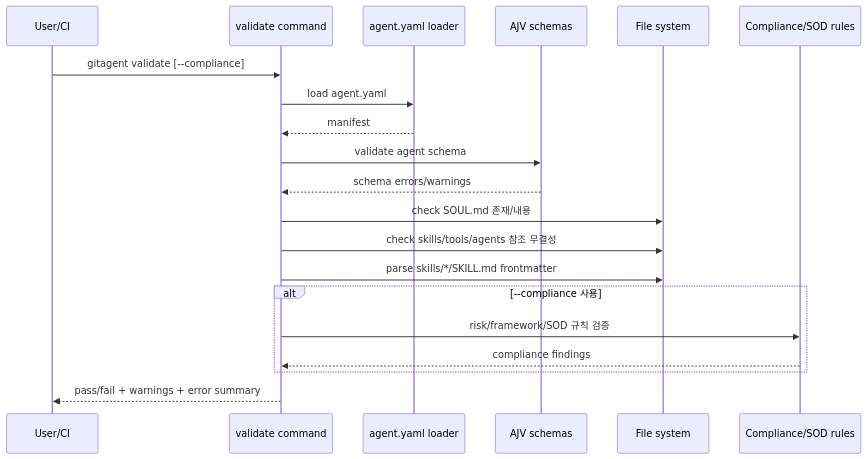
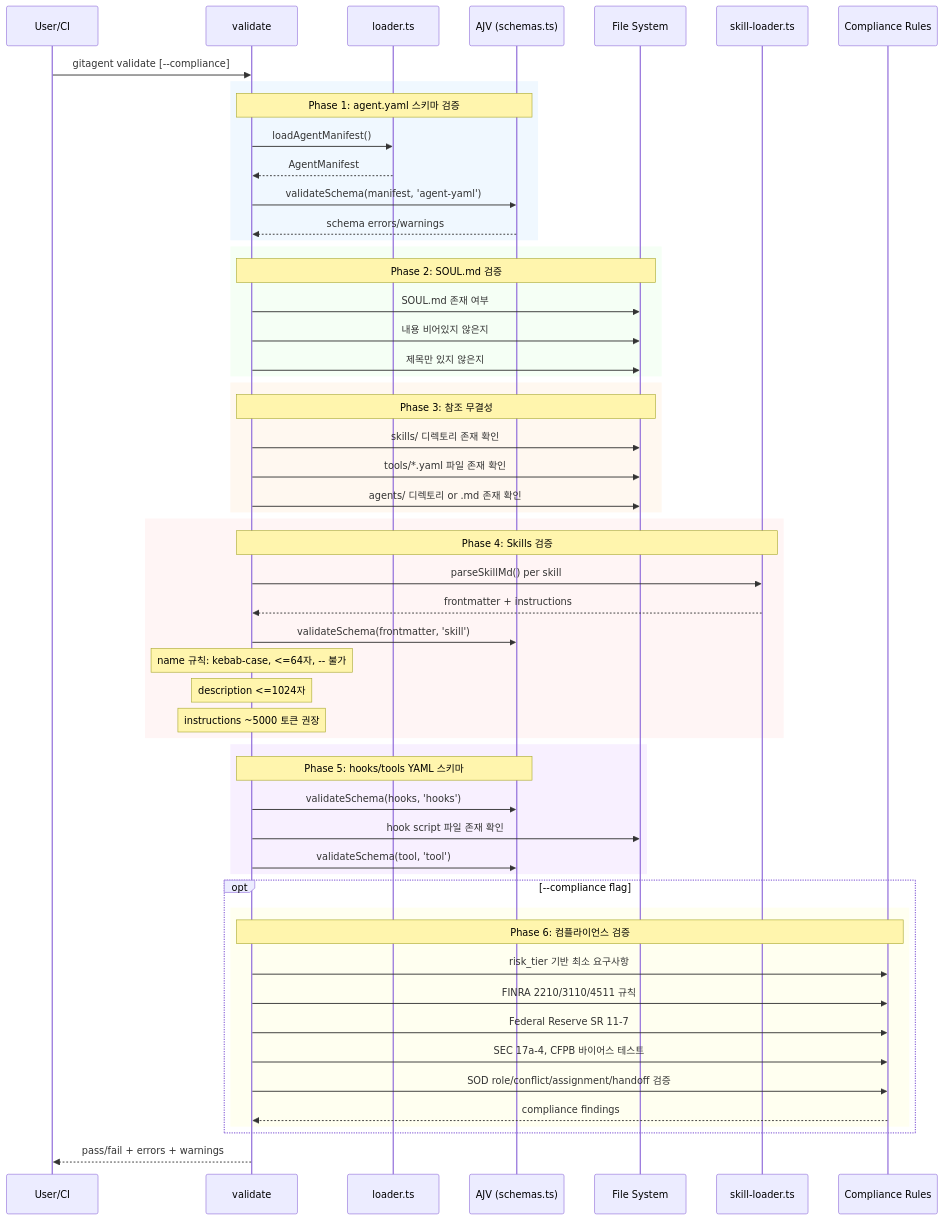
The third of 9 diagrams in gitagent/00-diagram.md (kimchanhyung98/agentic-workflows), drawn with Mermaid before and after one commit. The commit also changed other lines of this file and 2 other files, not shown here.

First line of the commit message:
docs: add 7-layer architecture and CLI

````diff
--- a/gitagent/00-diagram.md
+++ b/gitagent/00-diagram.md
@@ -81,26 +89,65 @@
 ```mermaid
 sequenceDiagram
     participant U as User/CI
-    participant V as validate command
-    participant Y as agent.yaml loader
-    participant A as AJV schemas
-    participant F as File system
-    participant C as Compliance/SOD rules
+    participant V as validate
+    participant Y as loader.ts
+    participant A as AJV (schemas.ts)
+    participant F as File System
+    participant S as skill-loader.ts
+    participant C as Compliance Rules
 
     U->>V: gitagent validate [--compliance]
-    V->>Y: load agent.yaml
-    Y-->>V: manifest
-    V->>A: validate agent schema
-    A-->>V: schema errors/warnings
 
-    V->>F: check SOUL.md 존재/내용
-    V->>F: check skills/tools/agents 참조 무결성
-    V->>F: parse skills/*/SKILL.md frontmatter
-
-    alt --compliance 사용
-        V->>C: risk/framework/SOD 규칙 검증
-        C-->>V: compliance findings
+    rect rgb(240, 248, 255)
+        Note over V,A: Phase 1: agent.yaml 스키마 검증
+        V->>Y: loadAgentManifest()
+        Y-->>V: AgentManifest
+        V->>A: validateSchema(manifest, 'agent-yaml')
+        A-->>V: schema errors/warnings
     end
 
-    V-->>U: pass/fail + warnings + error summary
+    rect rgb(245, 255, 245)
+        Note over V,F: Phase 2: SOUL.md 검증
+        V->>F: SOUL.md 존재 여부
+        V->>F: 내용 비어있지 않은지
+        V->>F: 제목만 있지 않은지
+    end
+
+    rect rgb(255, 248, 240)
+        Note over V,F: Phase 3: 참조 무결성
+        V->>F: skills/ 디렉토리 존재 확인
+        V->>F: tools/*.yaml 파일 존재 확인
+        V->>F: agents/ 디렉토리 or .md 존재 확인
+    end
+
+    rect rgb(255, 245, 245)
+        Note over V,S: Phase 4: Skills 검증
+        V->>S: parseSkillMd() per skill
+        S-->>V: frontmatter + instructions
+        V->>A: validateSchema(frontmatter, 'skill')
+        Note over V: name 규칙: kebab-case, <=64자, -- 불가
+        Note over V: description <=1024자
+        Note over V: instructions ~5000 토큰 권장
+    end
+
+    rect rgb(248, 240, 255)
+        Note over V,A: Phase 5: hooks/tools YAML 스키마
+        V->>A: validateSchema(hooks, 'hooks')
+        V->>F: hook script 파일 존재 확인
+        V->>A: validateSchema(tool, 'tool')
+    end
+
+    opt --compliance flag
+        rect rgb(255, 255, 240)
+            Note over V,C: Phase 6: 컴플라이언스 검증
+            V->>C: risk_tier 기반 최소 요구사항
+            V->>C: FINRA 2210/3110/4511 규칙
+            V->>C: Federal Reserve SR 11-7
+            V->>C: SEC 17a-4, CFPB 바이어스 테스트
+            V->>C: SOD role/conflict/assignment/handoff 검증
+            C-->>V: compliance findings
+        end
+    end
+
+    V-->>U: pass/fail + errors + warnings
 ```
````
